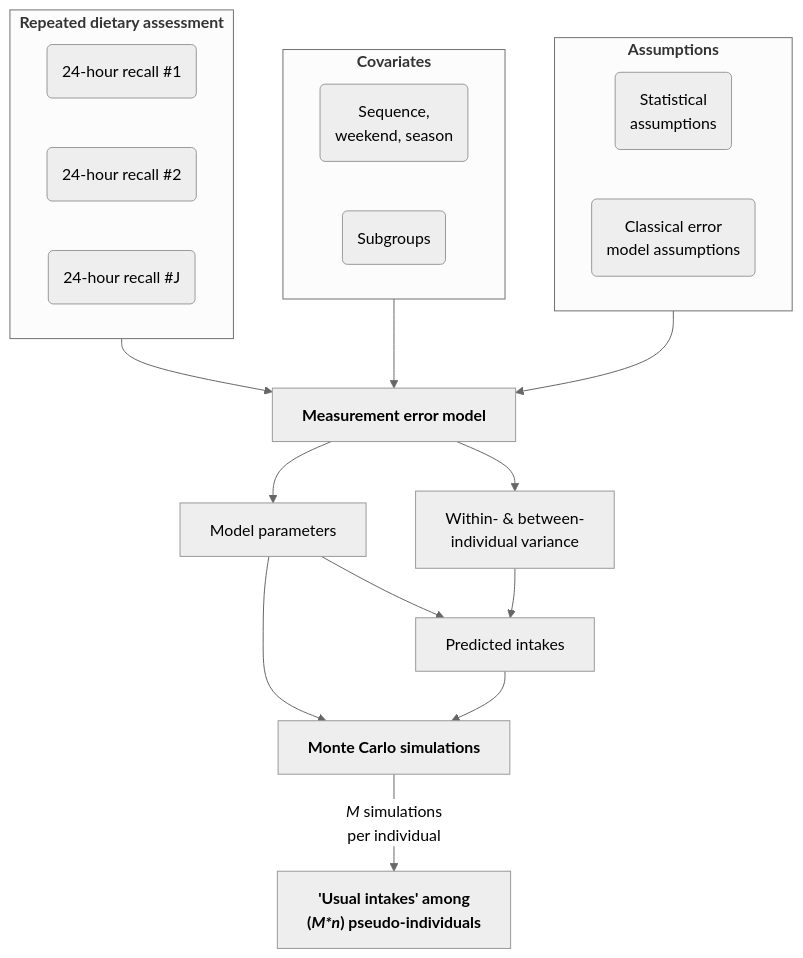
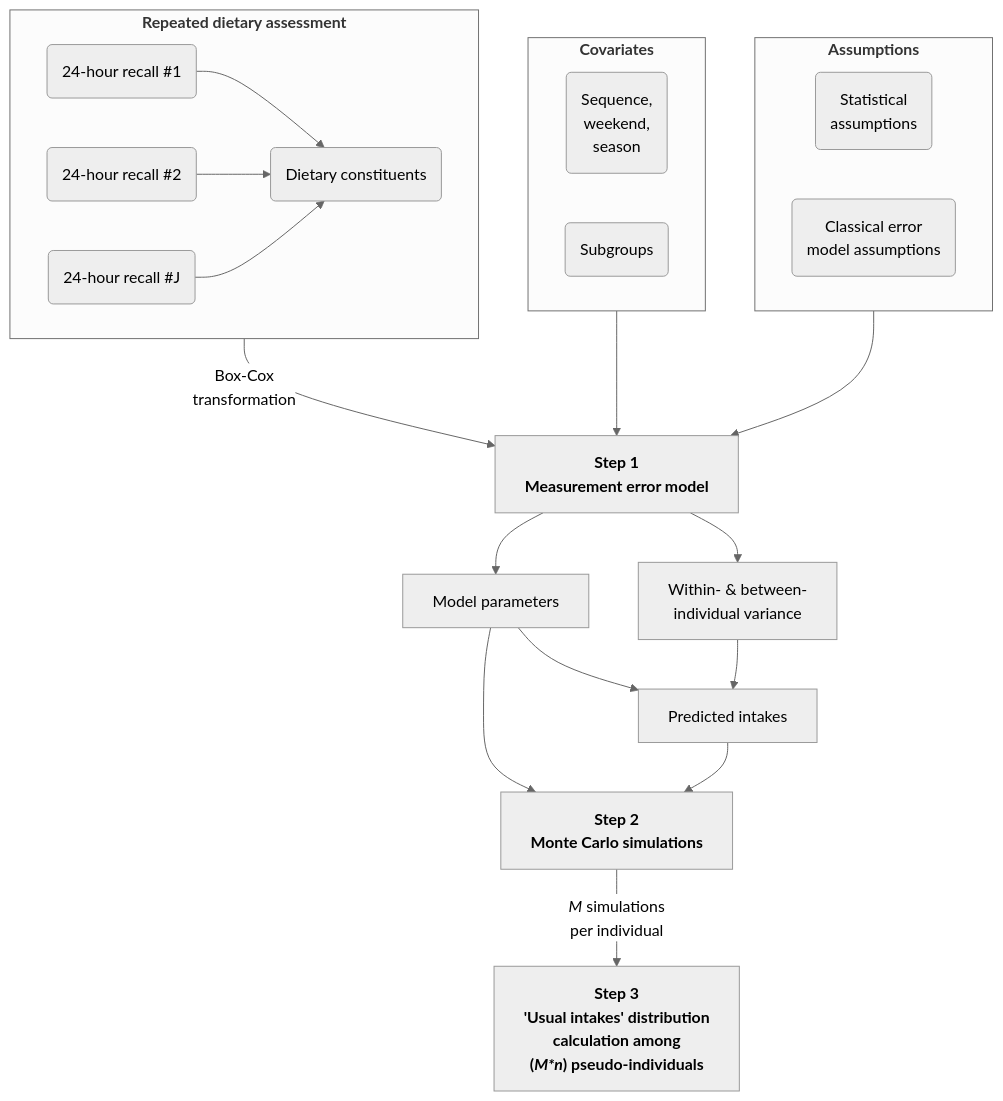
The second of 2 diagrams in README.md (didierbrassard/nci_workshop), drawn with Mermaid before and after one commit.

Commit message:
Update README.md
+updated NCI flow chart

````diff
--- a/README.md
+++ b/README.md
@@ -98,27 +98,29 @@
 ``` mermaid
 %%{init: {'theme': 'neutral' } }%%
 flowchart TB
-    subgraph data[<b>Repeated dietary assessment</b>]
-        R1("24-hour recall #1")
-        R2("24-hour recall #2")
-        R3("24-hour recall #J")
-    end
-    subgraph C[<b>Covariates</b>]
-        N(Sequence,<br>weekend, season)
-        Z(Subgroups)
-    end
-    subgraph A[<b>Assumptions</b>]
-        S1(Statistical<br>assumptions)
-        S2(Classical error<br>model assumptions)
-    end
-        data -->M[<b>Measurement error model</b>]
-        C-->M
-        A-->M
-        M-->P1["Model parameters"]
-        P1-->P2["Predicted intakes"]
-        M-->P3[Within- & between-<br>individual variance]
-        P3-->P2
-        P1 & P2-->MC["<b>Monte Carlo simulations</b>"]
-        MC--"<I>M</I> simulations<br>per individual"-->PI["<b>'Usual intakes' among<br>(<I>M*n</I>) pseudo-individuals"]
+subgraph data[<b>Repeated dietary assessment</b>]
+    R1("24-hour recall #1")
+    R2("24-hour recall #2")
+    R3("24-hour recall #J")
+    RT("Dietary constituents")
+    R1 & R2 & R3-->RT
+end
+subgraph C[<b>Covariates</b>]
+    N(Sequence,<br>weekend,<br>season)
+    Z(Subgroups)
+end
+subgraph A[<b>Assumptions</b>]
+    S1(Statistical<br>assumptions)
+    S2(Classical error<br>model assumptions)
+end
+    data --"Box-Cox<br>transformation"-->M[<b>Step 1<br>Measurement error model</b>]
+    C-->M
+    A-->M
+    M-->P1["Model parameters"]
+    P1-->P2["Predicted intakes"]
+    M-->P3[Within- & between-<br>individual variance]
+    P3-->P2
+    P1 & P2-->MC["<b>Step 2<br>Monte Carlo simulations</b>"]
+    MC--"<I>M</I> simulations<br>per individual"-->PI["<b>Step 3<br>'Usual intakes' distribution<br>calculation among<br>(<I>M*n</I>) pseudo-individuals"]
     
 ```
````
